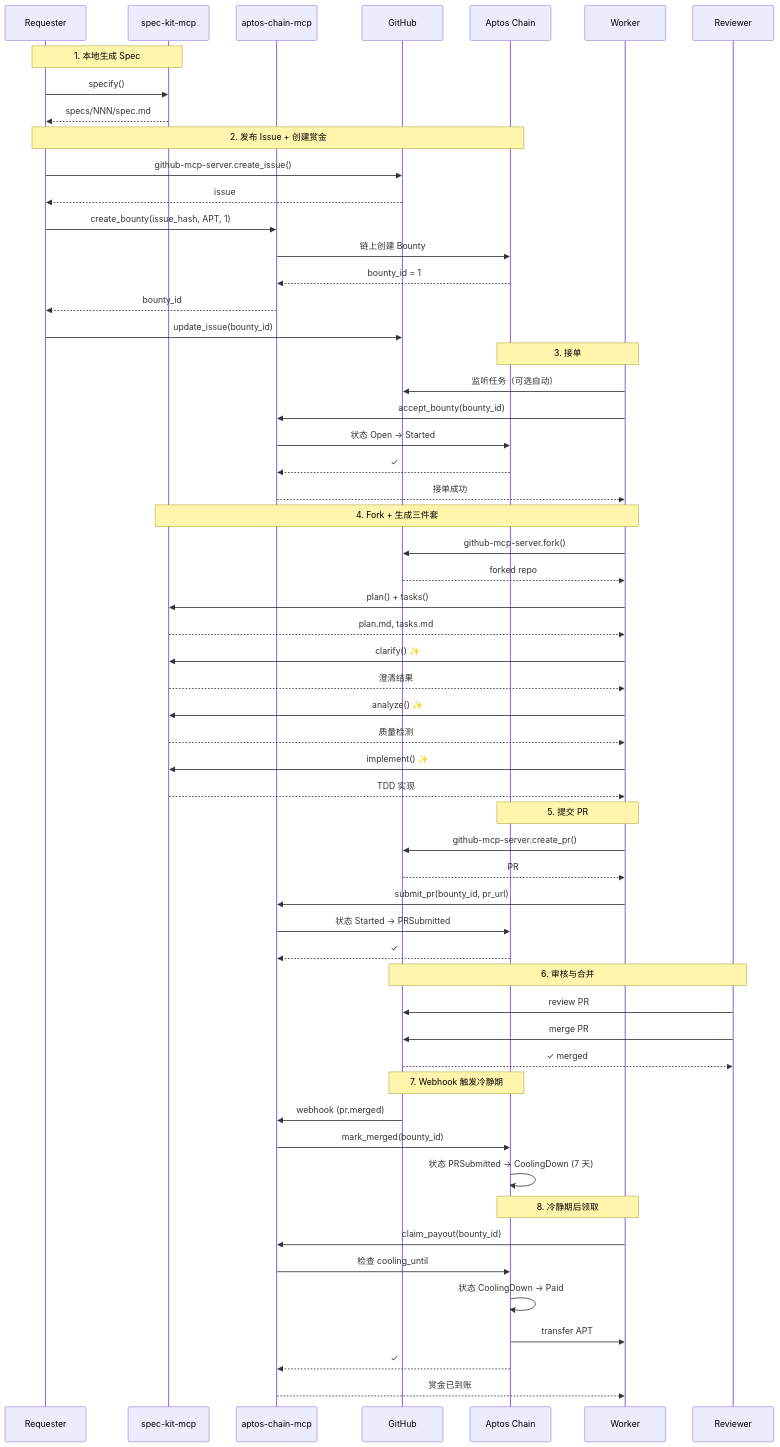
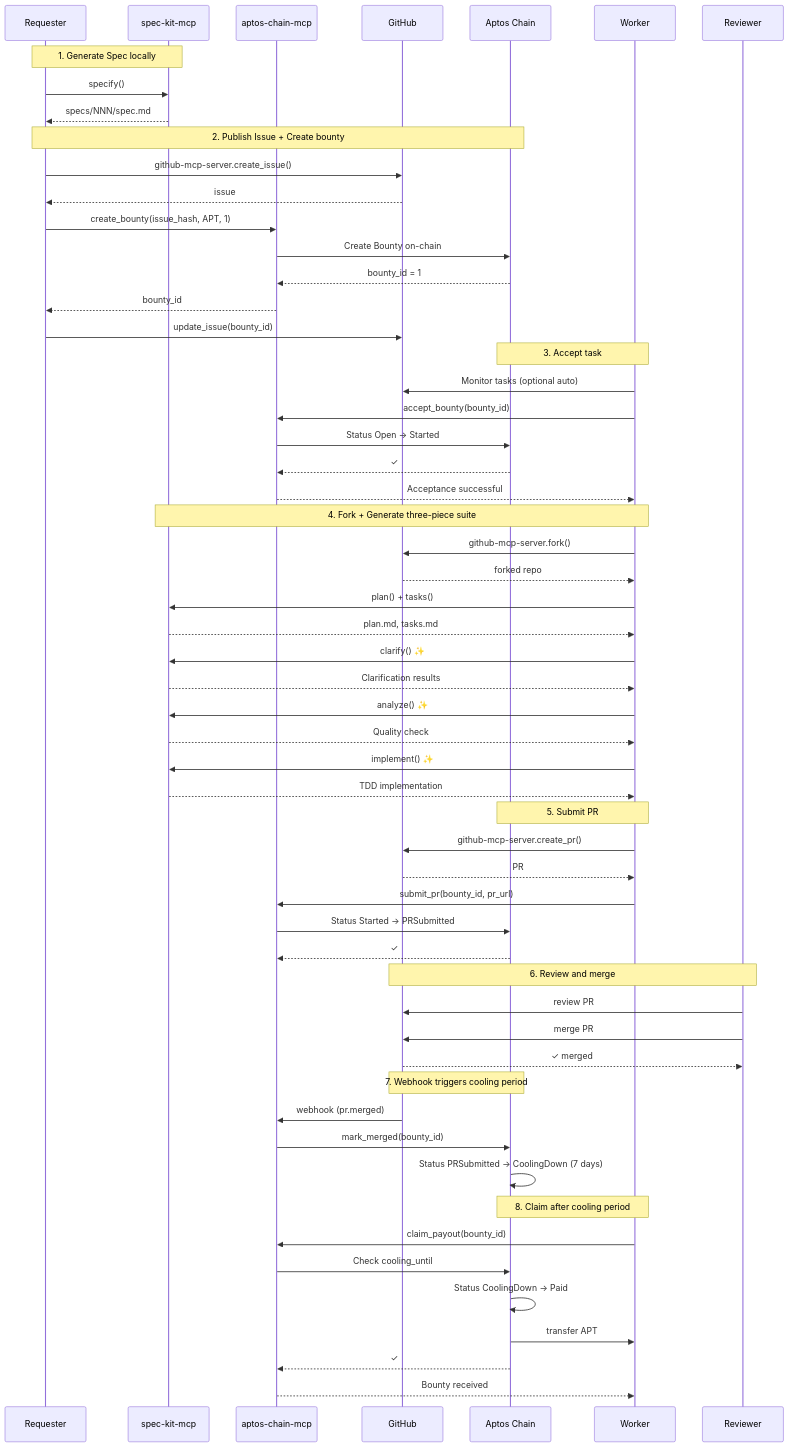
One commit to cyl19970726/Code3 changed the diagram in README.md. Above: the diagram before and after it, drawn with Mermaid. The commit also changed other lines of this file and 1 other file, not shown here.

````diff
--- a/README.md
+++ b/README.md
@@ -91,73 +95,73 @@
 ```mermaid
 sequenceDiagram
     participant Requester
     participant SpecKit as spec-kit-mcp
     participant Aptos as aptos-chain-mcp
     participant GitHub
     participant Chain as Aptos Chain
     participant Worker
     participant Reviewer
 
-    %% 1. Requester 发布任务
-    Note over Requester,SpecKit: 1. 本地生成 Spec
+    %% 1. Requester publishes task
+    Note over Requester,SpecKit: 1. Generate Spec locally
     Requester->>SpecKit: specify()
     SpecKit-->>Requester: specs/NNN/spec.md
 
-    Note over Requester,Chain: 2. 发布 Issue + 创建赏金
+    Note over Requester,Chain: 2. Publish Issue + Create bounty
     Requester->>GitHub: github-mcp-server.create_issue()
     GitHub-->>Requester: issue #123
     Requester->>Aptos: create_bounty(issue_hash, APT, 1)
-    Aptos->>Chain: 链上创建 Bounty
+    Aptos->>Chain: Create Bounty on-chain
     Chain-->>Aptos: bounty_id = 1
     Aptos-->>Requester: bounty_id
     Requester->>GitHub: update_issue(bounty_id)
 
-    %% 2. Worker 接单与实现
-    Note over Worker,Chain: 3. 接单
-    Worker->>GitHub: 监听任务（可选自动）
+    %% 2. Worker accepts and implements
+    Note over Worker,Chain: 3. Accept task
+    Worker->>GitHub: Monitor tasks (optional auto)
     Worker->>Aptos: accept_bounty(bounty_id)
-    Aptos->>Chain: 状态 Open → Started
+    Aptos->>Chain: Status Open → Started
     Chain-->>Aptos: ✓
-    Aptos-->>Worker: 接单成功
+    Aptos-->>Worker: Acceptance successful
 
-    Note over Worker,SpecKit: 4. Fork + 生成三件套
+    Note over Worker,SpecKit: 4. Fork + Generate three-piece suite
     Worker->>GitHub: github-mcp-server.fork()
     GitHub-->>Worker: forked repo
     Worker->>SpecKit: plan() + tasks()
     SpecKit-->>Worker: plan.md, tasks.md
     Worker->>SpecKit: clarify() ✨
-    SpecKit-->>Worker: 澄清结果
+    SpecKit-->>Worker: Clarification results
     Worker->>SpecKit: analyze() ✨
-    SpecKit-->>Worker: 质量检测
+    SpecKit-->>Worker: Quality check
     Worker->>SpecKit: implement() ✨
-    SpecKit-->>Worker: TDD 实现
+    SpecKit-->>Worker: TDD implementation
 
-    %% 3. 提交 PR
-    Note over Worker,Chain: 5. 提交 PR
+    %% 3. Submit PR
+    Note over Worker,Chain: 5. Submit PR
     Worker->>GitHub: github-mcp-server.create_pr()
     GitHub-->>Worker: PR #456
     Worker->>Aptos: submit_pr(bounty_id, pr_url)
-    Aptos->>Chain: 状态 Started → PRSubmitted
+    Aptos->>Chain: Status Started → PRSubmitted
     Chain-->>Aptos: ✓
 
-    %% 4. Reviewer 审核与合并
-    Note over Reviewer,GitHub: 6. 审核与合并
+    %% 4. Reviewer reviews and merges
+    Note over Reviewer,GitHub: 6. Review and merge
     Reviewer->>GitHub: review PR
     Reviewer->>GitHub: merge PR
     GitHub-->>Reviewer: ✓ merged
 
-    %% 5. Webhook 触发链上状态
-    Note over GitHub,Chain: 7. Webhook 触发冷静期
+    %% 5. Webhook triggers on-chain status
+    Note over GitHub,Chain: 7. Webhook triggers cooling period
     GitHub->>Aptos: webhook (pr.merged)
     Aptos->>Chain: mark_merged(bounty_id)
-    Chain->>Chain: 状态 PRSubmitted → CoolingDown (7 天)
+    Chain->>Chain: Status PRSubmitted → CoolingDown (7 days)
 
-    %% 6. Worker 领取赏金
-    Note over Worker,Chain: 8. 冷静期后领取
+    %% 6. Worker claims bounty
+    Note over Worker,Chain: 8. Claim after cooling period
     Worker->>Aptos: claim_payout(bounty_id)
-    Aptos->>Chain: 检查 cooling_until
-    Chain->>Chain: 状态 CoolingDown → Paid
+    Aptos->>Chain: Check cooling_until
+    Chain->>Chain: Status CoolingDown → Paid
     Chain->>Worker: transfer APT
     Chain-->>Aptos: ✓
-    Aptos-->>Worker: 赏金已到账
+    Aptos-->>Worker: Bounty received
 ```
````
